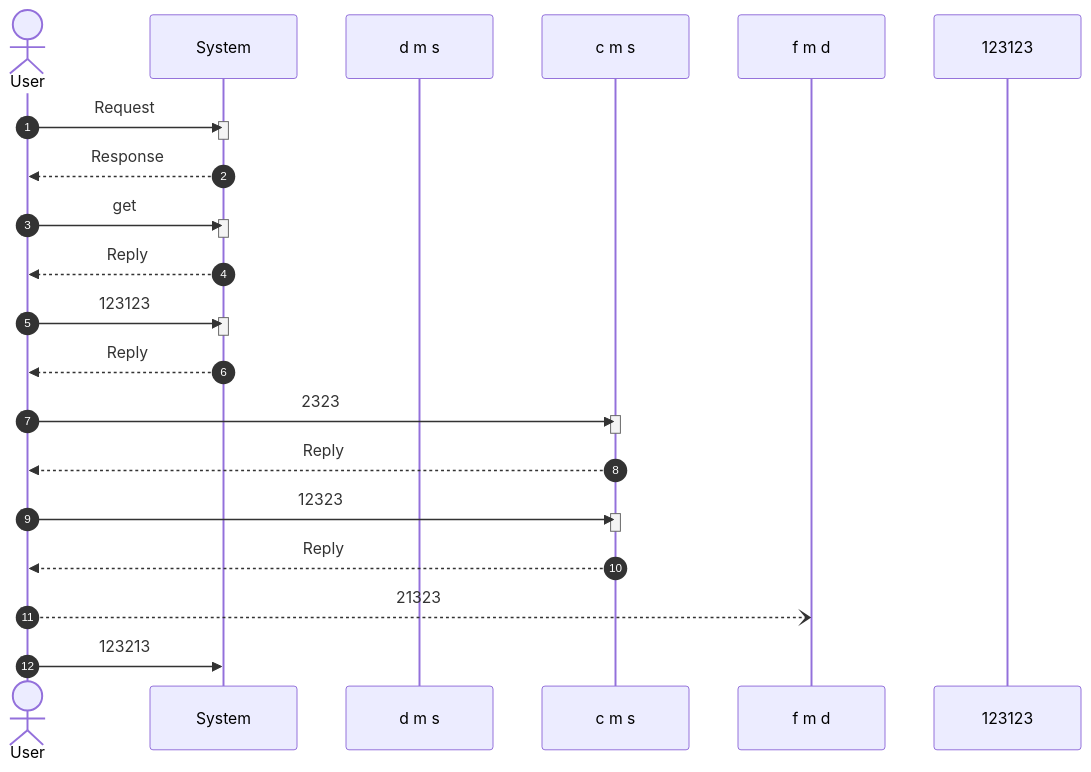
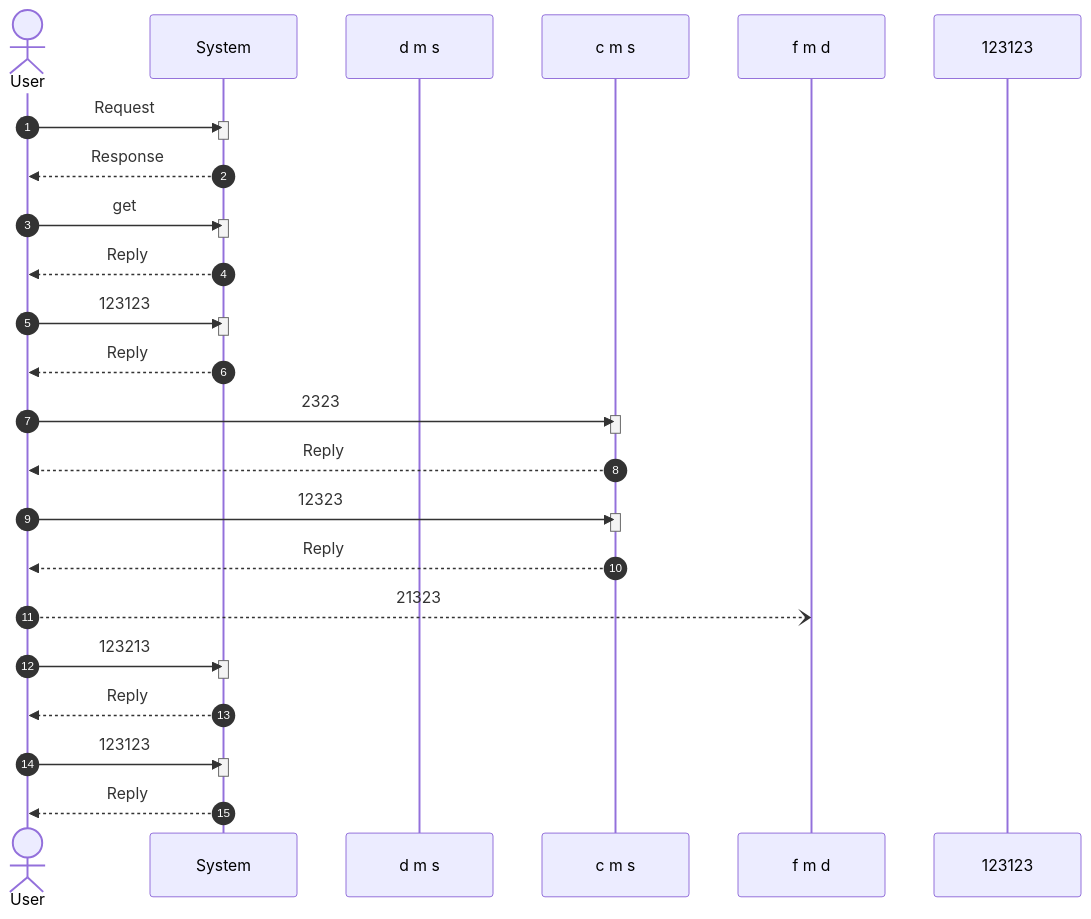
One commit to pingpm/mermaid_vault changed the diagram in mmd/123_b22299ee-543e-47dc-ad11-17cbdfb81d80.mmd. Above: the diagram before and after it, drawn with Mermaid. The commit also changed 2 other files, not shown here.

Commit message:
Sync Mermaid Studio data (4 diagrams)

```diff
--- a/mmd/123_b22299ee-543e-47dc-ad11-17cbdfb81d80.mmd
+++ b/mmd/123_b22299ee-543e-47dc-ad11-17cbdfb81d80.mmd
@@ -1,34 +1,41 @@
 sequenceDiagram
   autonumber
   actor p0 as User
   participant p1 as System
   participant p2 as d m s
   participant p3 as c m s
   participant p4 as f m d
   participant p5 as 123123
   p0->>p1: Request
   activate p1
   deactivate p1
   p1-->>p0: Response
   p0->>p1: get
   activate p1
   deactivate p1
   p1-->>p0: Reply
   p0->>p1: 123123
   activate p1
   deactivate p1
   p1-->>p0: Reply
   p0->>p3: 2323
   activate p3
   deactivate p3
   p3-->>p0: Reply
   p0->>p3: 12323
   activate p3
   deactivate p3
   p3-->>p0: Reply
   p0--)p4: 21323
   p0->>p1: 123213
+  activate p1
+  deactivate p1
+  p1-->>p0: Reply
+  p0->>p1: 123123
+  activate p1
+  deactivate p1
+  p1-->>p0: Reply
 
   %% Links
   %% [接口1] http://www.baidu.com (used in: get)
   %% [接口222] https://www.google.com (used in: 12323)
```
